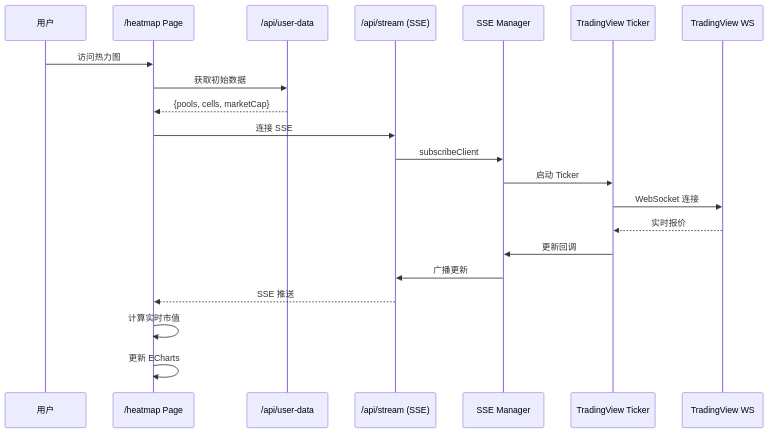
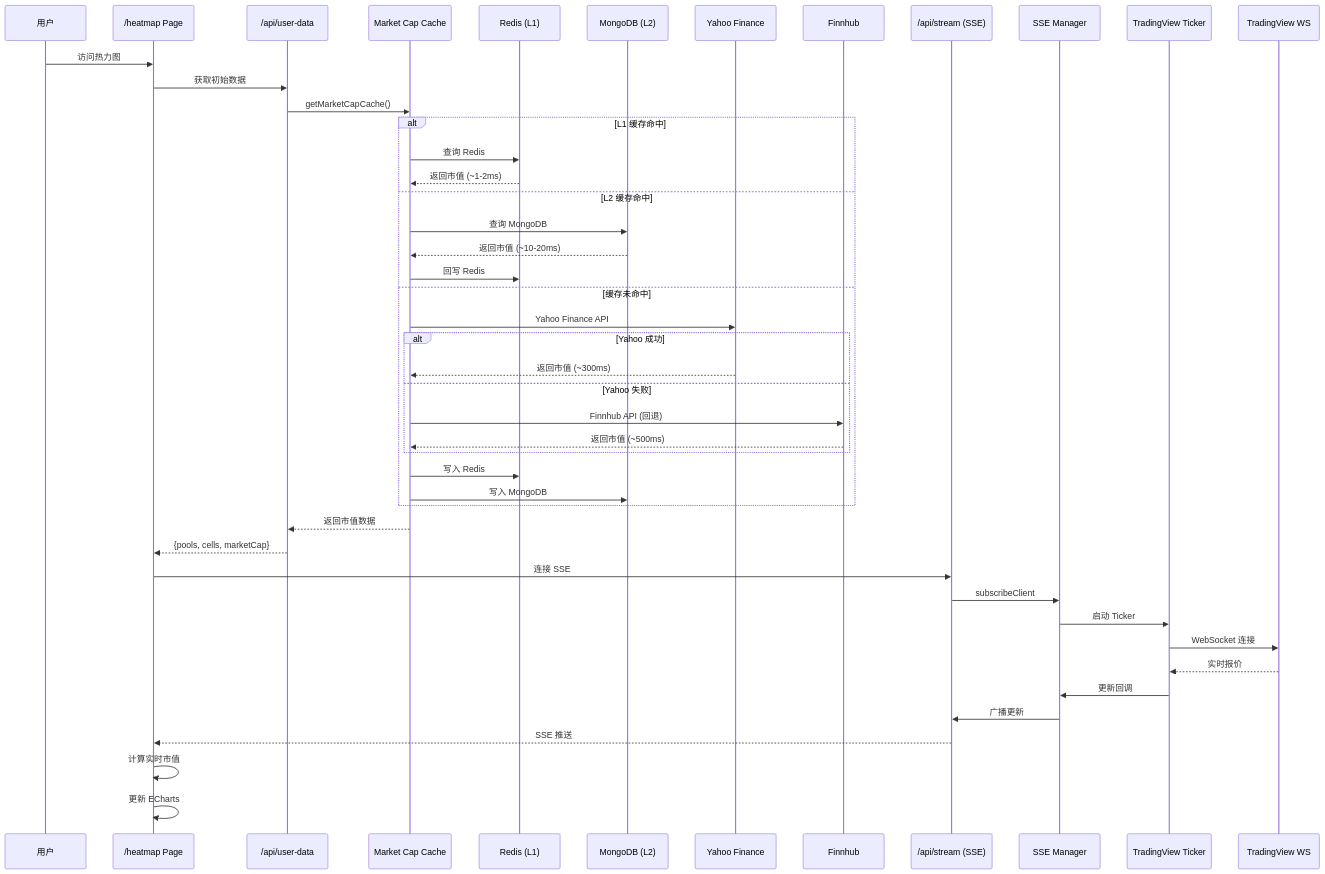
The fourth of 9 diagrams in docs/ARCHITECTURE.md (HK-CCASS/OpenStock-tv), drawn with Mermaid before and after one commit. The commit also changed other lines of this file and 25 other files, not shown here.

First line of the commit message:
feat: 集成 Yahoo Finance + Redis 双层缓存 + 可视化工具

````diff
--- a/docs/ARCHITECTURE.md
+++ b/docs/ARCHITECTURE.md
@@ -138,24 +143,52 @@
 ```mermaid
 sequenceDiagram
     participant U as 用户
     participant P as /heatmap Page
     participant D as /api/user-data
+    participant C as Market Cap Cache
+    participant R as Redis (L1)
+    participant DB as MongoDB (L2)
+    participant Y as Yahoo Finance
+    participant F as Finnhub
     participant S as /api/stream (SSE)
     participant M as SSE Manager
     participant T as TradingView Ticker
     participant TV as TradingView WS
 
     U->>P: 访问热力图
     P->>D: 获取初始数据
+    D->>C: getMarketCapCache()
+    
+    alt L1 缓存命中
+        C->>R: 查询 Redis
+        R-->>C: 返回市值 (~1-2ms)
+    else L2 缓存命中
+        C->>DB: 查询 MongoDB
+        DB-->>C: 返回市值 (~10-20ms)
+        C->>R: 回写 Redis
+    else 缓存未命中
+        C->>Y: Yahoo Finance API
+        alt Yahoo 成功
+            Y-->>C: 返回市值 (~300ms)
+        else Yahoo 失败
+            C->>F: Finnhub API (回退)
+            F-->>C: 返回市值 (~500ms)
+        end
+        C->>R: 写入 Redis
+        C->>DB: 写入 MongoDB
+    end
+    
+    C-->>D: 返回市值数据
     D-->>P: {pools, cells, marketCap}
+    
     P->>S: 连接 SSE
     S->>M: subscribeClient
     M->>T: 启动 Ticker
     T->>TV: WebSocket 连接
     TV-->>T: 实时报价
     T->>M: 更新回调
     M->>S: 广播更新
     S-->>P: SSE 推送
     P->>P: 计算实时市值
     P->>P: 更新 ECharts
 ```
````
